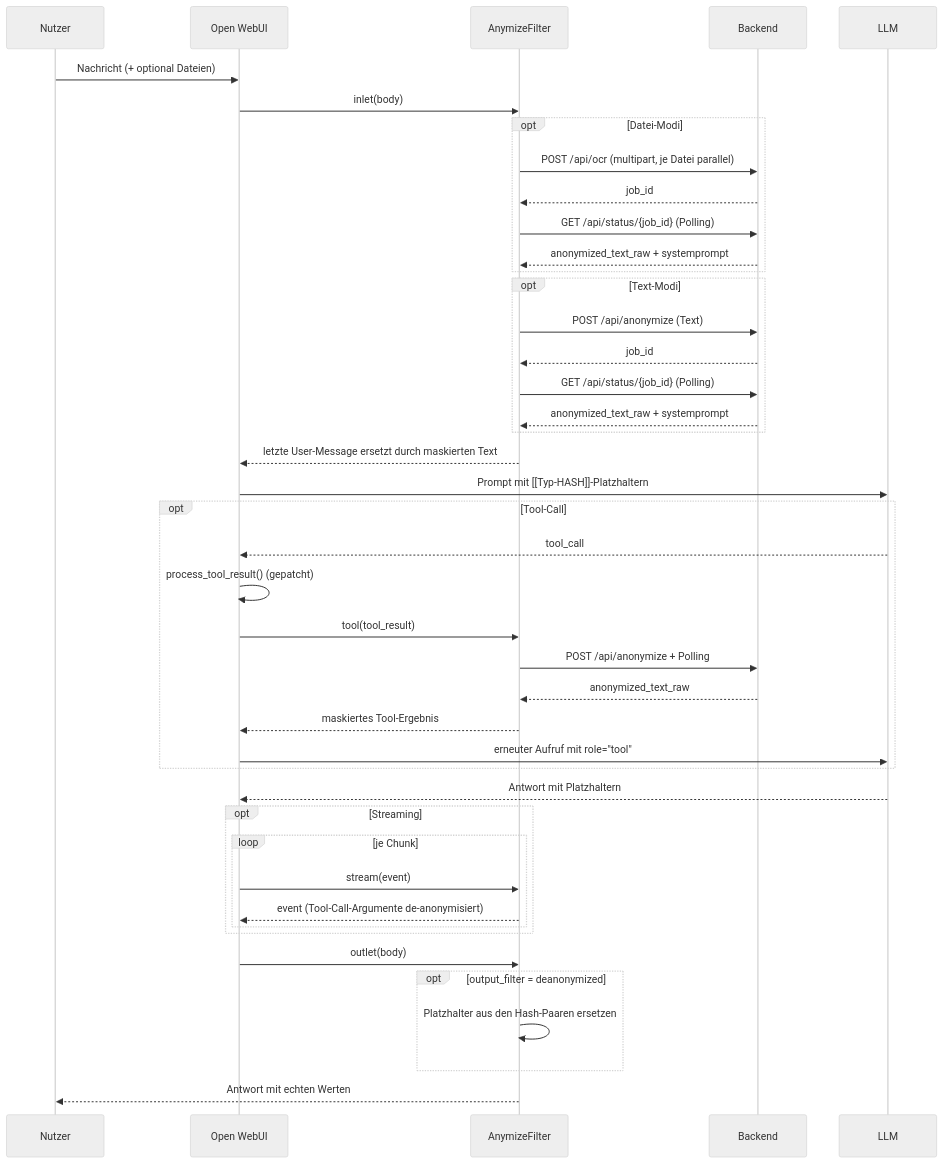
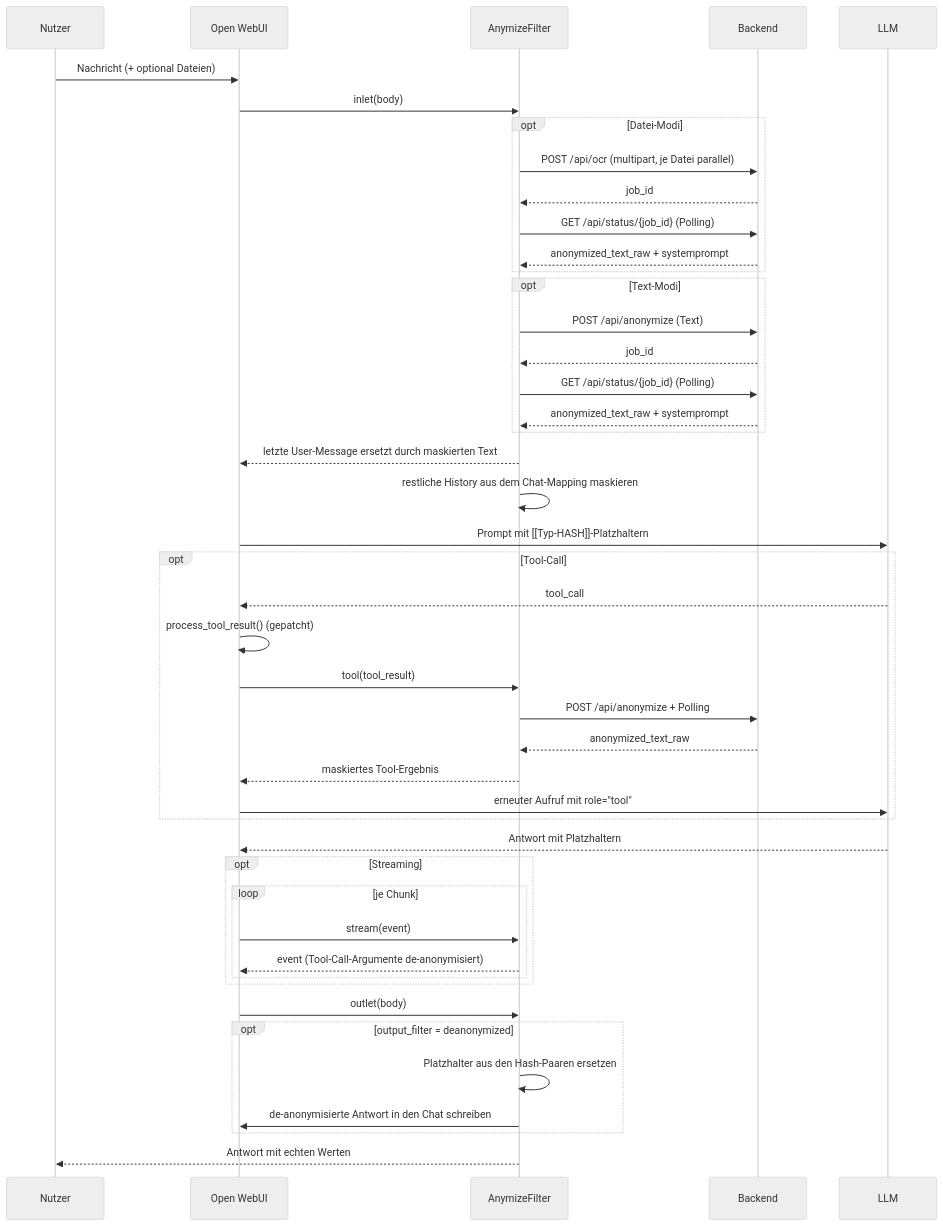
Before and after one commit to Matze2010/AnyomizeFilter: the diagram in README.md, drawn with Mermaid (neutral theme). The commit also changed other lines of this file and 1 other file, not shown here.

````diff
--- a/README.md
+++ b/README.md
@@ -13,46 +15,48 @@
 ```mermaid
 sequenceDiagram
     participant U as Nutzer
     participant OWUI as Open WebUI
     participant F as AnymizeFilter
     participant A as Backend
     participant LLM as LLM
 
     U->>OWUI: Nachricht (+ optional Dateien)
     OWUI->>F: inlet(body)
     opt Datei-Modi
         F->>A: POST /api/ocr (multipart, je Datei parallel)
         A-->>F: job_id
         F->>A: GET /api/status/{job_id} (Polling)
         A-->>F: anonymized_text_raw + systemprompt
     end
     opt Text-Modi
         F->>A: POST /api/anonymize (Text)
         A-->>F: job_id
         F->>A: GET /api/status/{job_id} (Polling)
         A-->>F: anonymized_text_raw + systemprompt
     end
     F-->>OWUI: letzte User-Message ersetzt durch maskierten Text
+    F->>F: restliche History aus dem Chat-Mapping maskieren
     OWUI->>LLM: Prompt mit [[Typ-HASH]]-Platzhaltern
     opt Tool-Call
         LLM-->>OWUI: tool_call
         OWUI->>OWUI: process_tool_result() (gepatcht)
         OWUI->>F: tool(tool_result)
         F->>A: POST /api/anonymize + Polling
         A-->>F: anonymized_text_raw
         F-->>OWUI: maskiertes Tool-Ergebnis
         OWUI->>LLM: erneuter Aufruf mit role="tool"
     end
     LLM-->>OWUI: Antwort mit Platzhaltern
     opt Streaming
         loop je Chunk
             OWUI->>F: stream(event)
             F-->>OWUI: event (Tool-Call-Argumente de-anonymisiert)
         end
     end
     OWUI->>F: outlet(body)
     opt output_filter = deanonymized
         F->>F: Platzhalter aus den Hash-Paaren ersetzen
+        F->>OWUI: de-anonymisierte Antwort in den Chat schreiben
     end
     F-->>U: Antwort mit echten Werten
 ```
````
